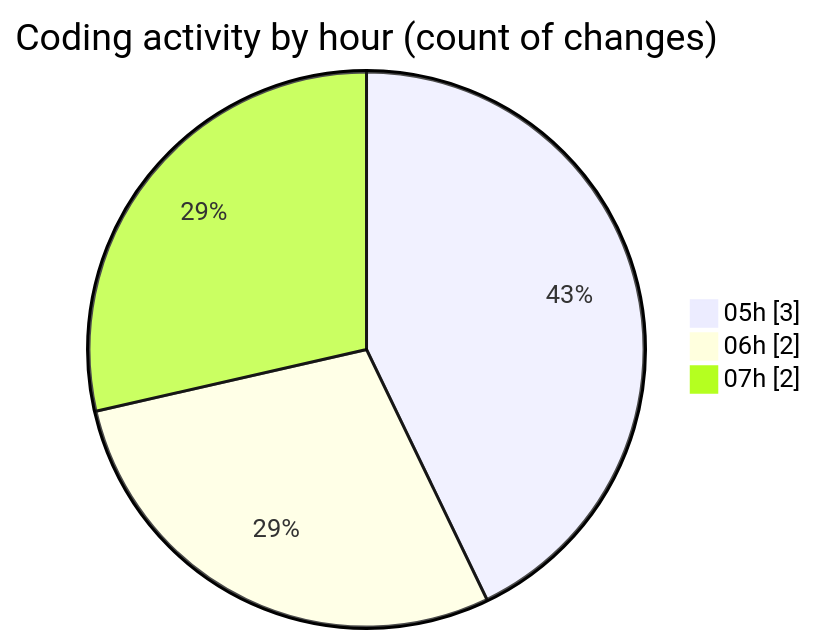
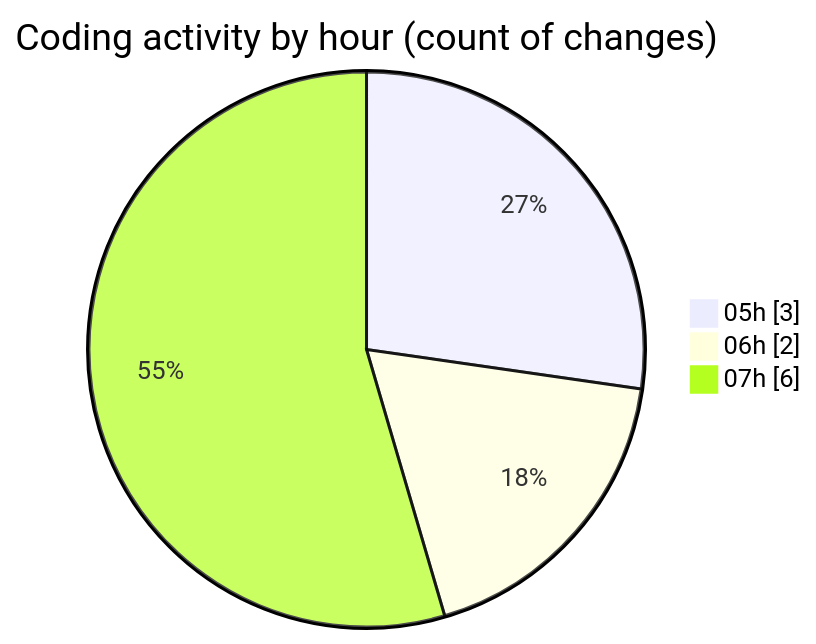
Before and after one commit to vahidmafi/code-tracking: the second of 2 diagrams in 2025-12-29/shop/README.md, drawn with Mermaid. The commit also changed other lines of this file and 1 other file, not shown here.

````diff
--- a/2025-12-29/shop/README.md
+++ b/2025-12-29/shop/README.md
@@ -30,7 +30,7 @@
 ```mermaid
 pie showData
 title Coding activity by hour (count of changes)
 "05h" : 3
 "06h" : 2
-"07h" : 2
+"07h" : 6
 ```
````
